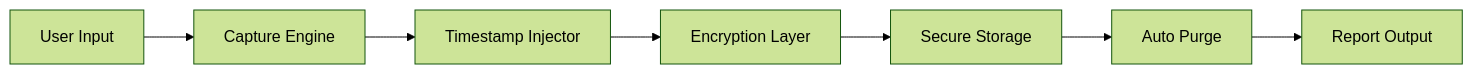
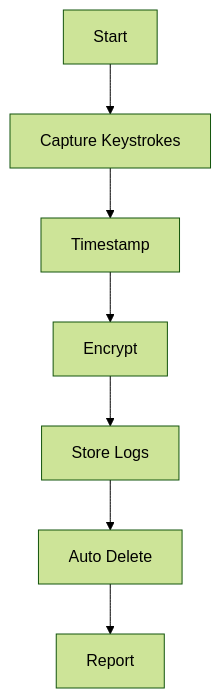
One commit to rohitmaji22/KeyTraceX changed the diagram in README.md. Above: the diagram before and after it, drawn with Mermaid (forest theme). The commit also changed other lines of this file, not shown here.

````diff
--- a/README.md
+++ b/README.md
@@ -29,9 +40,9 @@
 ```mermaid
-graph LR
-A[User Input] --> B[Capture Engine]
-B --> C[Timestamp Injector]
-C --> D[Encryption Layer]
-D --> E[Secure Storage]
-E --> F[Auto Purge]
-F --> G[Report Output]
+graph TD;
+A[Start] --> B[Capture Keystrokes]
+B --> C[Timestamp]
+C --> D[Encrypt]
+D --> E[Store Logs]
+E --> F[Auto Delete]
+F --> G[Report]
 ```
````
